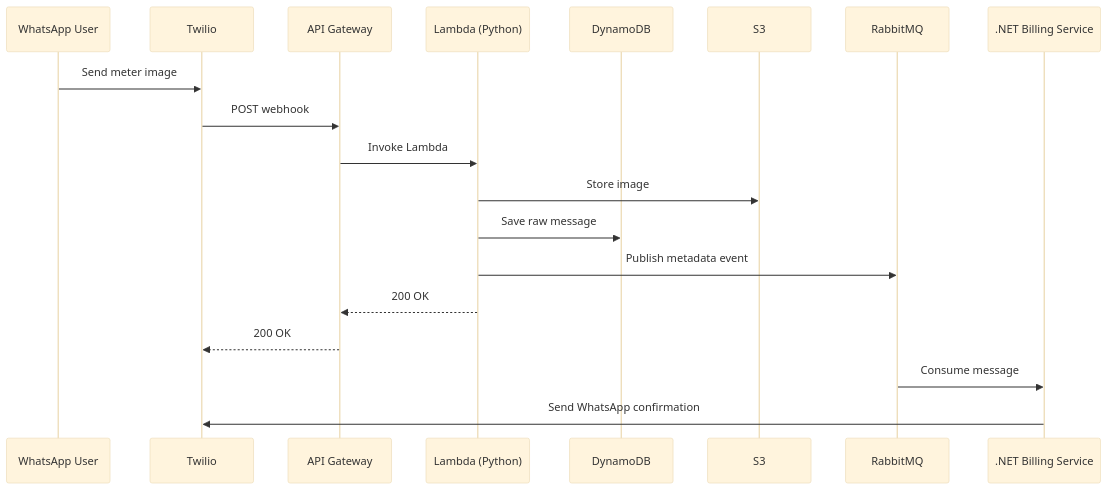
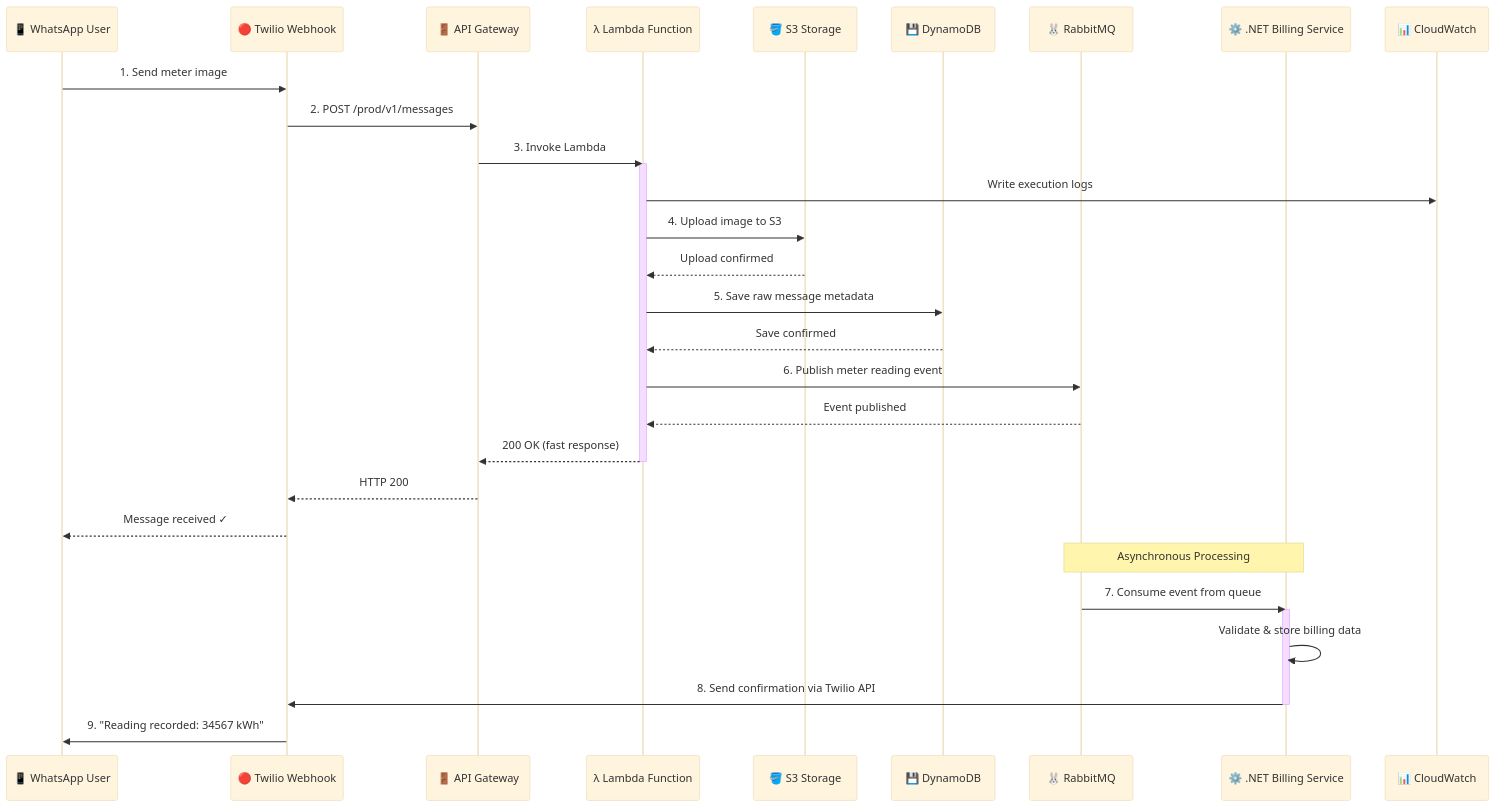
Before and after one commit to Mphozazo/Whatsapp-meter-reading-system: the second of 4 diagrams in README.md, drawn with Mermaid (base theme). The commit also changed other lines of this file, not shown here.

````diff
--- a/README.md
+++ b/README.md
@@ -79,23 +88,40 @@
 ```mermaid
 sequenceDiagram
-    participant U as WhatsApp User
-    participant T as Twilio
-    participant G as API Gateway
-    participant L as Lambda (Python)
-    participant D as DynamoDB
-    participant S as S3
-    participant R as RabbitMQ
-    participant B as .NET Billing Service
+    participant U as 📱 WhatsApp User
+    participant T as 🔴 Twilio Webhook
+    participant G as 🚪 API Gateway
+    participant L as λ Lambda Function
+    participant S as 🪣 S3 Storage
+    participant D as 💾 DynamoDB
+    participant R as 🐰 RabbitMQ
+    participant B as ⚙️ .NET Billing Service
+    participant CW as 📊 CloudWatch
 
-    U->>T: Send meter image
-    T->>G: POST webhook
-    G->>L: Invoke Lambda
-    L->>S: Store image
-    L->>D: Save raw message
-    L->>R: Publish metadata event
-    L-->>G: 200 OK
-    G-->>T: 200 OK
-    R->>B: Consume message
-    B->>T: Send WhatsApp confirmation
+    U->>T: 1. Send meter image
+    T->>G: 2. POST /prod/v1/messages
+    G->>L: 3. Invoke Lambda
+    
+    activate L
+    L->>CW: Write execution logs
+    L->>S: 4. Upload image to S3
+    S-->>L: Upload confirmed
+    L->>D: 5. Save raw message metadata
+    D-->>L: Save confirmed
+    L->>R: 6. Publish meter reading event
+    R-->>L: Event published
+    L-->>G: 200 OK (fast response)
+    deactivate L
+    
+    G-->>T: HTTP 200
+    T-->>U: Message received ✓
+    
+    Note over R,B: Asynchronous Processing
+    R->>B: 7. Consume event from queue
+    activate B
+    B->>B: Validate & store billing data
+    B->>T: 8. Send confirmation via Twilio API
+    deactivate B
+    
+    T->>U: 9. "Reading recorded: 34567 kWh"
 
 ```
````
